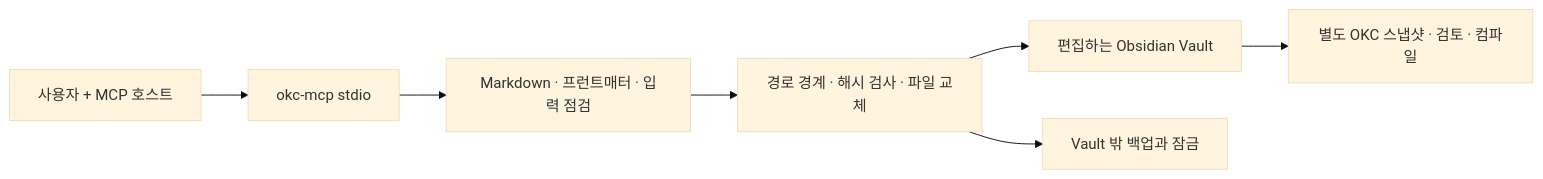
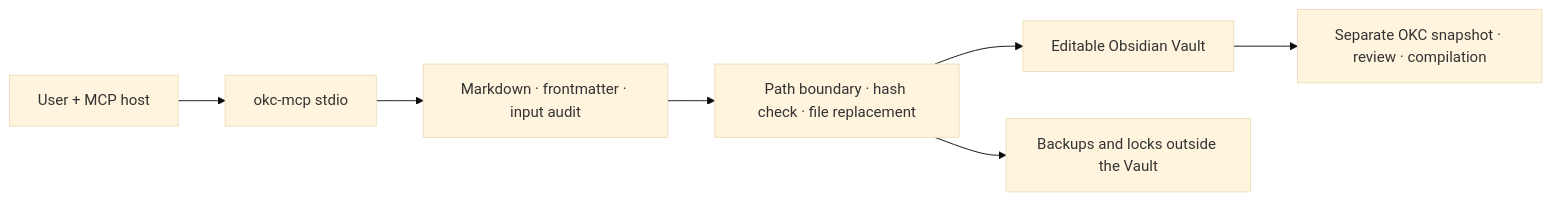
Before and after one commit to HappySPigs/okc: the diagram in aidlc-docs/construction/design.md, drawn with Mermaid (base theme). The commit also changed other lines of this file and 17 other files, not shown here.

````diff
--- a/aidlc-docs/construction/design.md
+++ b/aidlc-docs/construction/design.md
@@ -9,9 +8,9 @@
 ```mermaid
 flowchart LR
-    User[사용자 + MCP 호스트] --> MCP[okc-mcp stdio]
-    MCP --> Notes[Markdown · 프런트매터 · 입력 점검]
-    Notes --> FS[경로 경계 · 해시 검사 · 파일 교체]
-    FS --> Live[편집하는 Obsidian Vault]
-    FS --> State[Vault 밖 백업과 잠금]
-    Live --> OKC[별도 OKC 스냅샷 · 검토 · 컴파일]
+    User[User + MCP host] --> MCP[okc-mcp stdio]
+    MCP --> Notes[Markdown · frontmatter · input audit]
+    Notes --> FS[Path boundary · hash check · file replacement]
+    FS --> Live[Editable Obsidian Vault]
+    FS --> State[Backups and locks outside the Vault]
+    Live --> OKC[Separate OKC snapshot · review · compilation]
 ```
````
